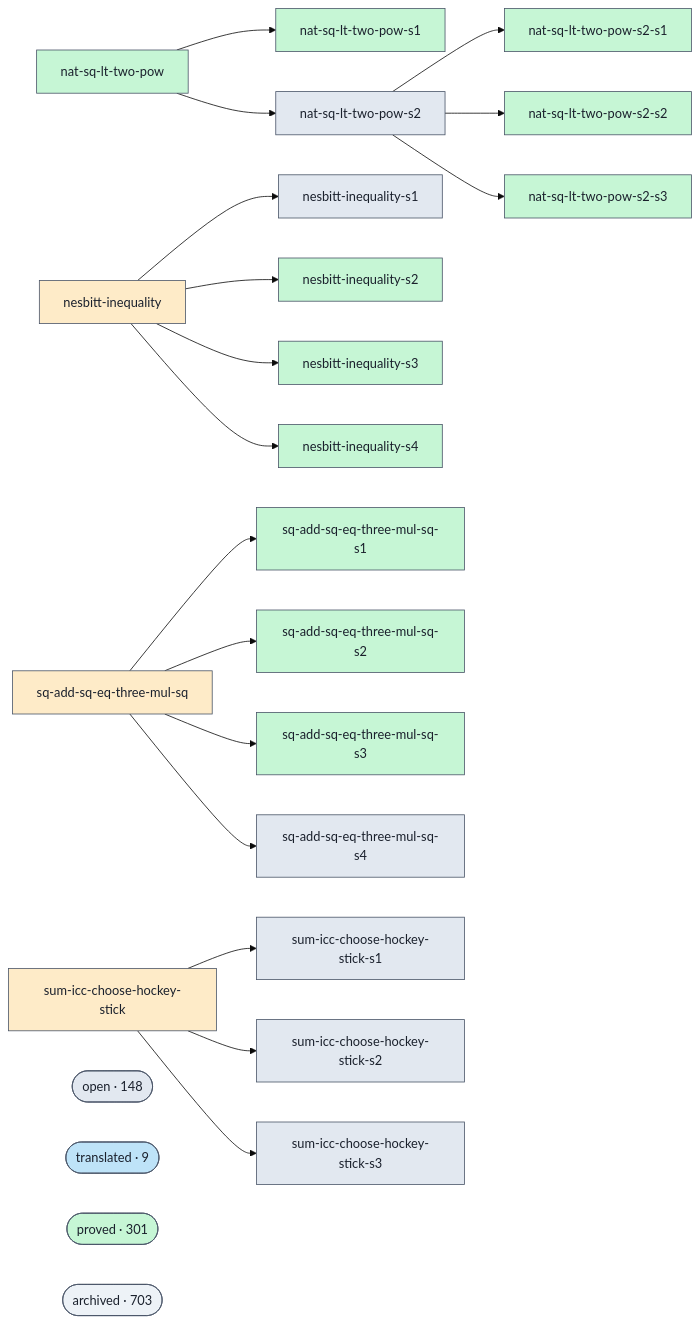
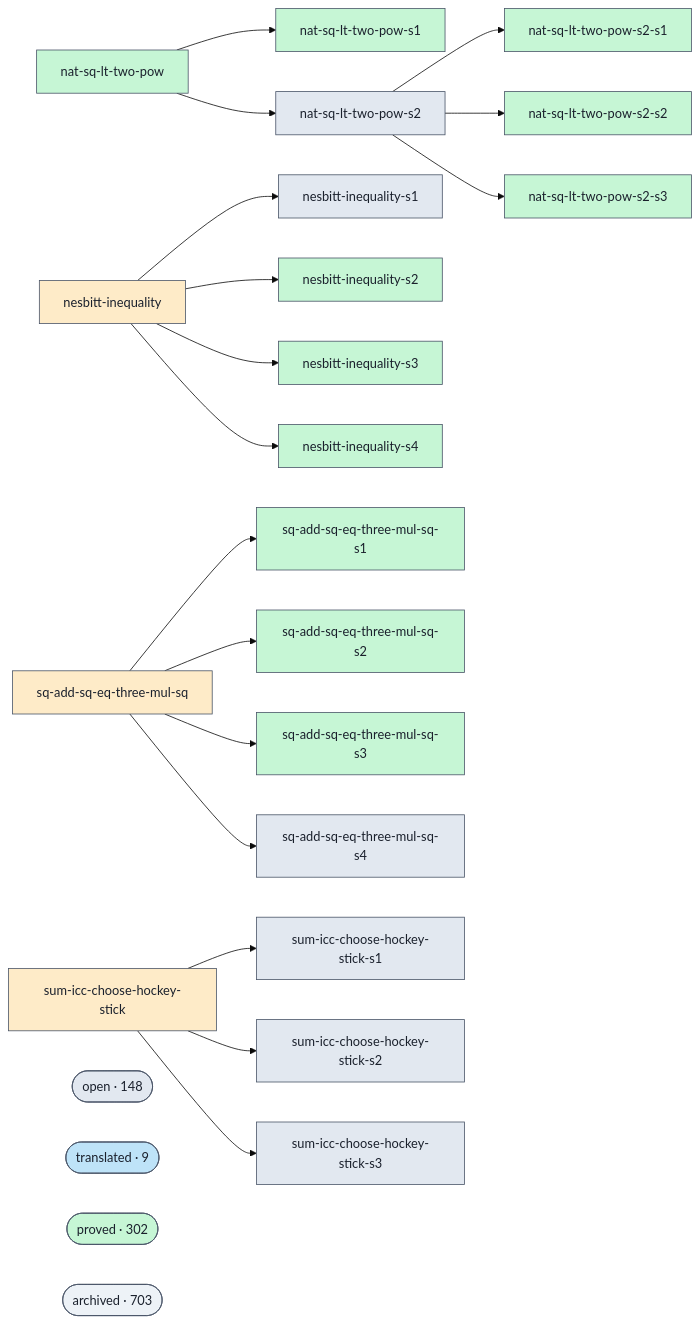
One commit to ohdearquant/unsorry changed the diagram in docs/proofs-contributors-visualisation.md. Above: the diagram before and after it, drawn with Mermaid (base theme). The commit also changed other lines of this file and 2 other files, not shown here.

```diff
--- a/docs/proofs-contributors-visualisation.md
+++ b/docs/proofs-contributors-visualisation.md
@@ -102,7 +102,7 @@
   class cluster_open open;
   cluster_translated(["translated · 9"])
   class cluster_translated translated;
-  cluster_proved(["proved · 301"])
+  cluster_proved(["proved · 302"])
   class cluster_proved proved;
   cluster_archived(["archived · 703"])
   class cluster_archived unknown;
```
